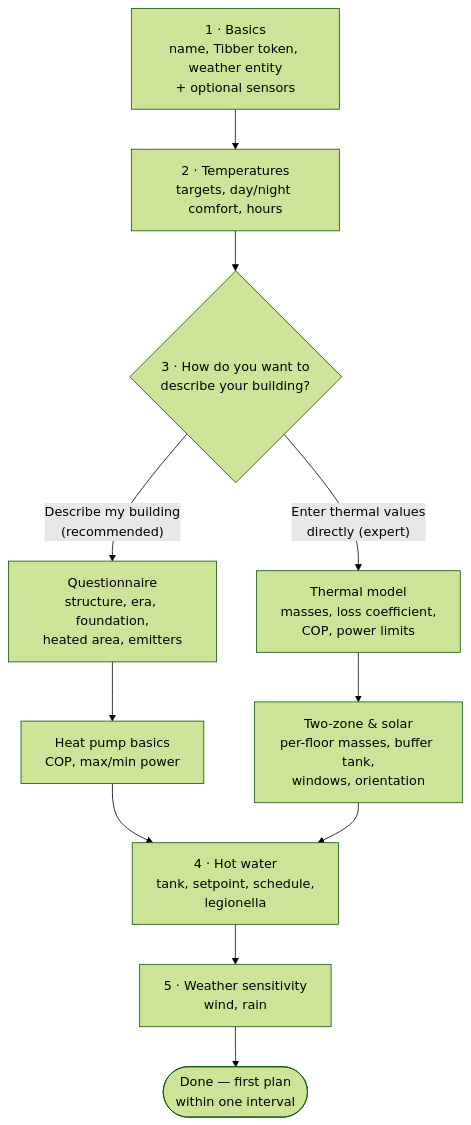
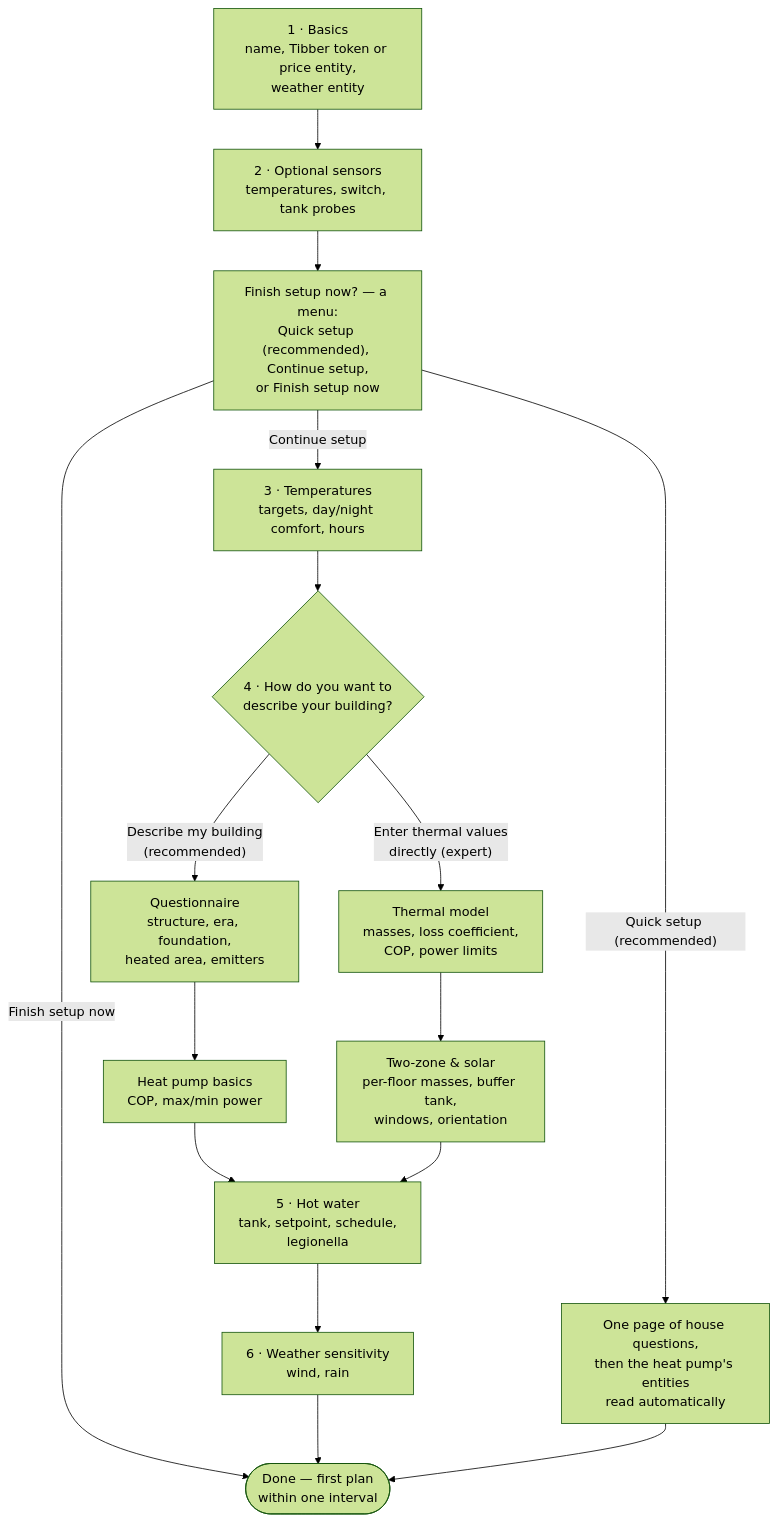
The second of 3 diagrams in README.md (tvofi/heatpump_optimizer), drawn with Mermaid (forest theme) before and after one commit. The commit also changed other lines of this file and 9 other files, not shown here.

First line of the commit message:
docs: round-5 text family — setup flow, price-source docstrings, doc claims, run_optimization yaml entry

````diff
--- a/README.md
+++ b/README.md
@@ -324,13 +328,18 @@
 ```mermaid
 flowchart TD
-    A["1 · Basics<br/>name, Tibber token, weather entity<br/>+ optional sensors"] --> B["2 · Temperatures<br/>targets, day/night comfort, hours"]
-    B --> C{"3 · How do you want to<br/>describe your building?"}
-    C -- "Describe my building<br/>(recommended)" --> D["Questionnaire<br/>structure, era, foundation,<br/>heated area, emitters"]
-    D --> E["Heat pump basics<br/>COP, max/min power"]
-    C -- "Enter thermal values<br/>directly (expert)" --> F["Thermal model<br/>masses, loss coefficient,<br/>COP, power limits"]
-    F --> G["Two-zone & solar<br/>per-floor masses, buffer tank,<br/>windows, orientation"]
-    E --> H["4 · Hot water<br/>tank, setpoint, schedule,<br/>legionella"]
-    G --> H
-    H --> I["5 · Weather sensitivity<br/>wind, rain"]
-    I --> J(["Done — first plan<br/>within one interval"])
+    A["1 · Basics<br/>name, Tibber token or price entity,<br/>weather entity"] --> B["2 · Optional sensors<br/>temperatures, switch, tank probes"]
+    B --> M["Finish setup now? — a menu:<br/>Quick setup (recommended), Continue setup,<br/>or Finish setup now"]
+    M -- "Quick setup (recommended)" --> Q["One page of house questions,<br/>then the heat pump's entities<br/>read automatically"]
+    M -- "Finish setup now" --> J(["Done — first plan<br/>within one interval"])
+    M -- "Continue setup" --> C["3 · Temperatures<br/>targets, day/night comfort, hours"]
+    C --> D{"4 · How do you want to<br/>describe your building?"}
+    D -- "Describe my building<br/>(recommended)" --> E["Questionnaire<br/>structure, era, foundation,<br/>heated area, emitters"]
+    E --> F["Heat pump basics<br/>COP, max/min power"]
+    D -- "Enter thermal values<br/>directly (expert)" --> G["Thermal model<br/>masses, loss coefficient,<br/>COP, power limits"]
+    G --> H["Two-zone & solar<br/>per-floor masses, buffer tank,<br/>windows, orientation"]
+    F --> I["5 · Hot water<br/>tank, setpoint, schedule,<br/>legionella"]
+    H --> I
+    I --> K["6 · Weather sensitivity<br/>wind, rain"]
+    K --> J
+    Q --> J
 ```
````
